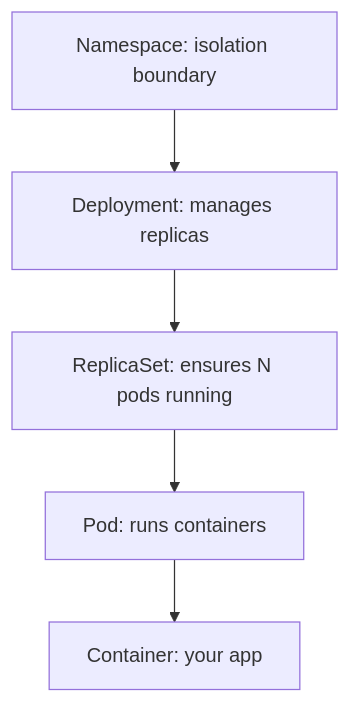
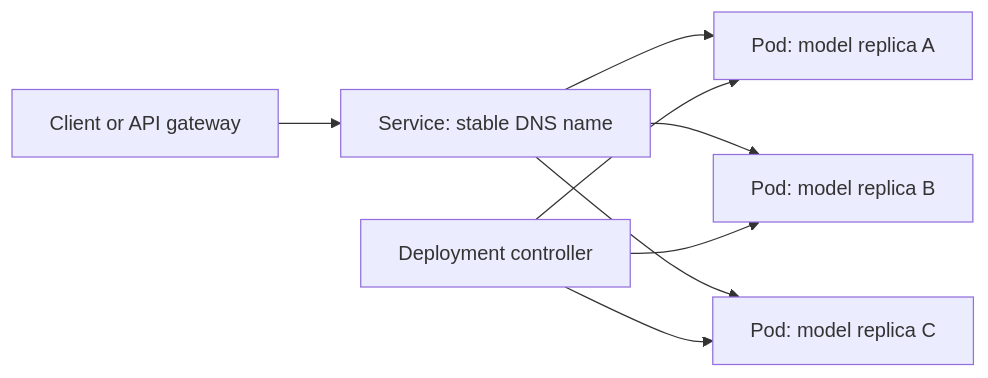
One commit to kube-dojo/kube-dojo changed the first of 2 diagrams in src/content/docs/ai-ml-engineering/mlops/module-1.4-kubernetes-for-ml.md. Above: the diagram before and after it, drawn with Mermaid. The commit also changed other lines of this file, not shown here.

````diff
--- a/src/content/docs/ai-ml-engineering/mlops/module-1.4-kubernetes-for-ml.md
+++ b/src/content/docs/ai-ml-engineering/mlops/module-1.4-kubernetes-for-ml.md
@@ -125,7 +49,10 @@
 ```mermaid
-graph TD
-    NS[Namespace: isolation boundary] --> DEP[Deployment: manages replicas]
-    DEP --> RS[ReplicaSet: ensures N pods running]
-    RS --> POD[Pod: runs containers]
-    POD --> CONT[Container: your app]
+flowchart LR
+    Client[Client or API gateway] --> Service[Service: stable DNS name]
+    Service --> PodA[Pod: model replica A]
+    Service --> PodB[Pod: model replica B]
+    Service --> PodC[Pod: model replica C]
+    Deployment[Deployment controller] --> PodA
+    Deployment --> PodB
+    Deployment --> PodC
 ```
````
